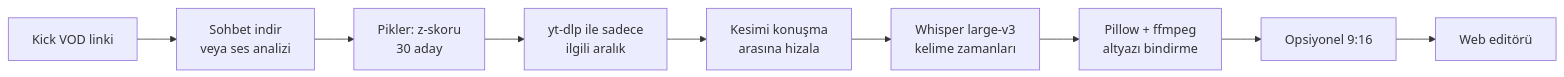
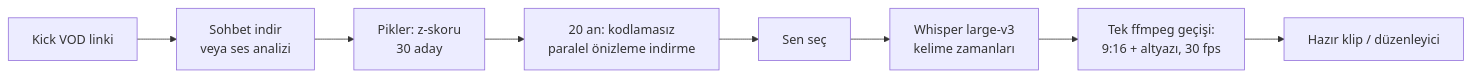
The diagram in README.md (emirhan-coban/createclip), drawn with Mermaid before and after one commit. The commit also changed other lines of this file, not shown here.

Commit message:
README: yeni akışa göre güncellendi (önizle-seç-üret, Gelişmiş sekmesi, kodlama, dosya listesi)

````diff
--- a/README.md
+++ b/README.md
@@ -74,11 +79,10 @@
 ```mermaid
 flowchart LR
   A[Kick VOD linki] --> B[Sohbet indir<br/>veya ses analizi]
   B --> C[Pikler: z-skoru<br/>30 aday]
-  C --> D[yt-dlp ile sadece<br/>ilgili aralık]
-  D --> E[Kesimi konuşma<br/>arasına hizala]
+  C --> D[20 an: kodlamasız<br/>paralel önizleme indirme]
+  D --> E[Sen seç]
   E --> F[Whisper large-v3<br/>kelime zamanları]
-  F --> G[Pillow + ffmpeg<br/>altyazı bindirme]
-  G --> H[Opsiyonel 9:16]
-  H --> I[Web editörü]
+  F --> G[Tek ffmpeg geçişi:<br/>9:16 + altyazı, 30 fps]
+  G --> I[Hazır klip / düzenleyici]
 ```
````
